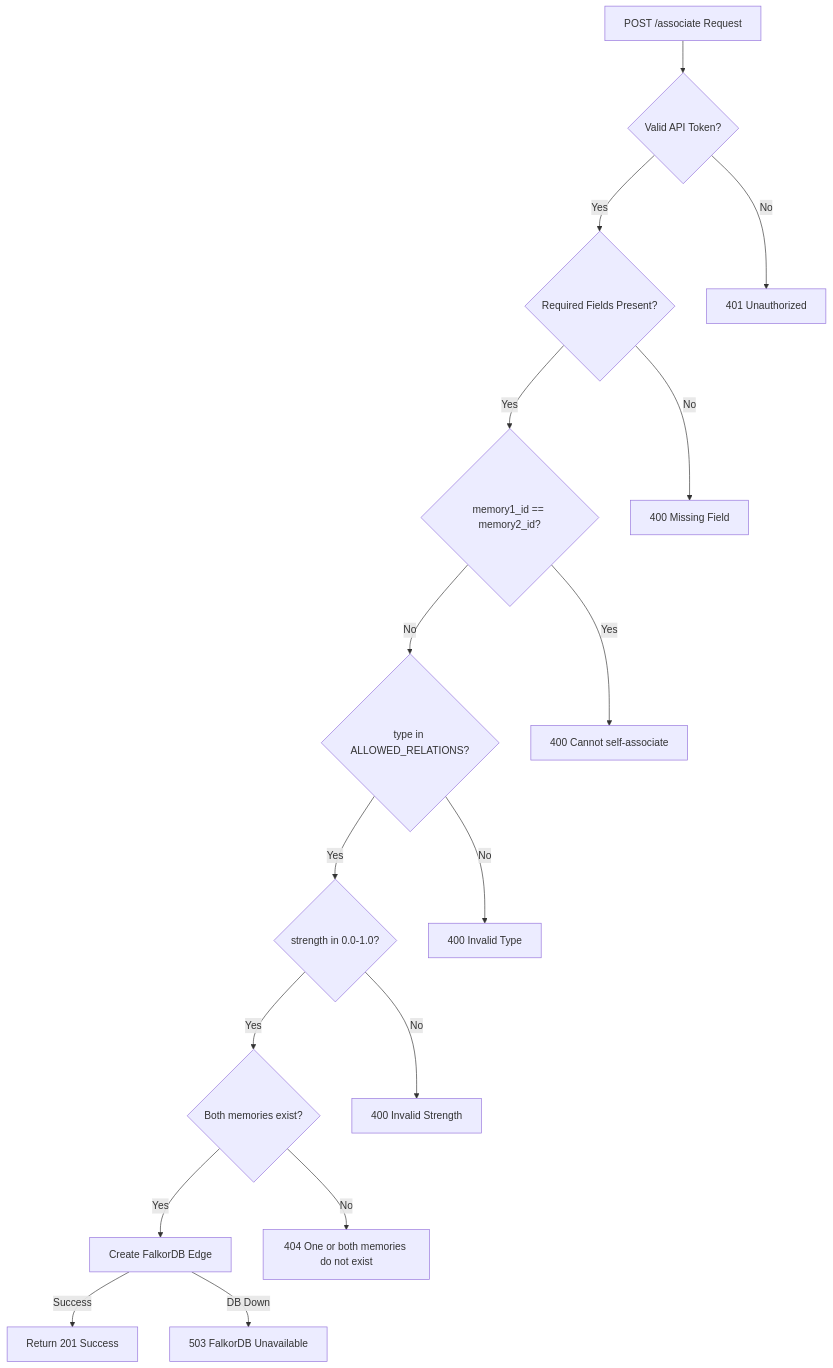
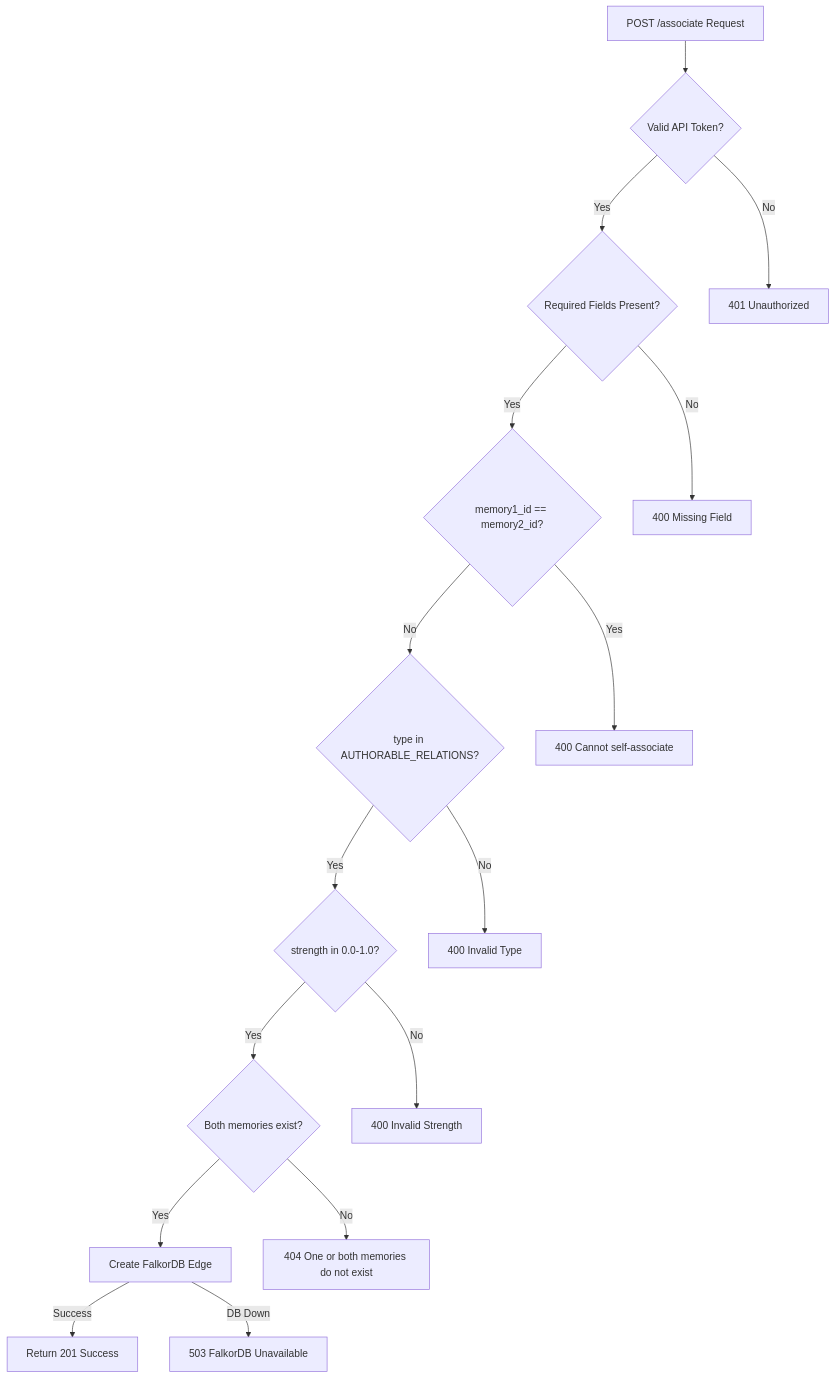
The second of 5 diagrams in src/content/docs/docs/reference/api/relationships.md (verygoodplugins/automem-website), drawn with Mermaid before and after one commit. The commit also changed other lines of this file, not shown here.

````diff
--- a/src/content/docs/docs/reference/api/relationships.md
+++ b/src/content/docs/docs/reference/api/relationships.md
@@ -175,36 +175,36 @@
 ```mermaid
 flowchart TD
     Request["POST /associate Request"]
     AuthCheck{"Valid API Token?"}
     FieldCheck{"Required Fields Present?"}
     SelfCheck{"memory1_id == memory2_id?"}
-    TypeCheck{"type in ALLOWED_RELATIONS?"}
+    TypeCheck{"type in AUTHORABLE_RELATIONS?"}
     StrengthCheck{"strength in 0.0-1.0?"}
     MemoryCheck{"Both memories exist?"}
     CreateEdge["Create FalkorDB Edge"]
     Success["Return 201 Success"]
 
     Err401["401 Unauthorized"]
     Err400Field["400 Missing Field"]
     Err400Self["400 Cannot self-associate"]
     Err400Type["400 Invalid Type"]
     Err400Strength["400 Invalid Strength"]
     Err404["404 One or both memories do not exist"]
     Err503["503 FalkorDB Unavailable"]
 
     Request --> AuthCheck
     AuthCheck -->|No| Err401
     AuthCheck -->|Yes| FieldCheck
     FieldCheck -->|No| Err400Field
     FieldCheck -->|Yes| SelfCheck
     SelfCheck -->|Yes| Err400Self
     SelfCheck -->|No| TypeCheck
     TypeCheck -->|No| Err400Type
     TypeCheck -->|Yes| StrengthCheck
     StrengthCheck -->|No| Err400Strength
     StrengthCheck -->|Yes| MemoryCheck
     MemoryCheck -->|No| Err404
     MemoryCheck -->|Yes| CreateEdge
     CreateEdge -->|Success| Success
     CreateEdge -->|DB Down| Err503
 ```
````
